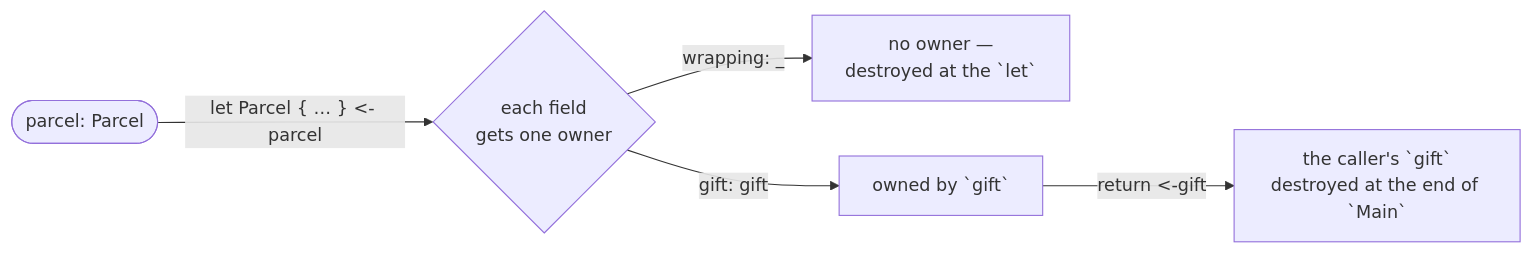
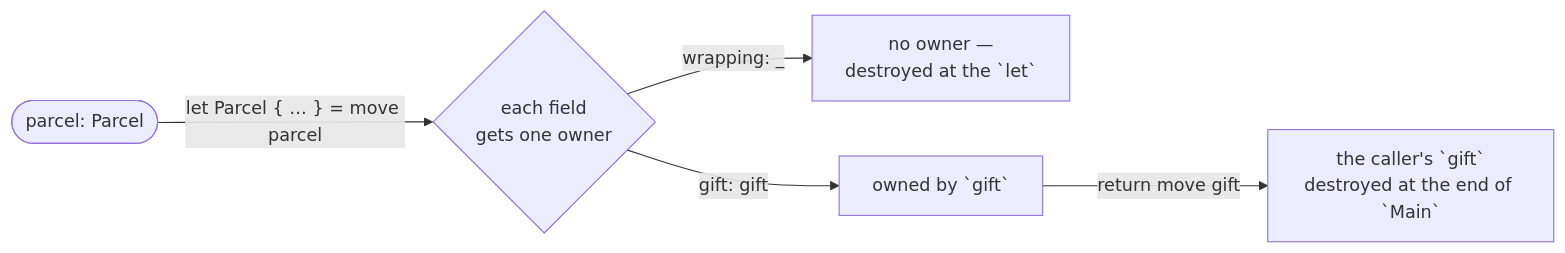
The diagram in content/docs/1.learn/11.ownership/07.partial-move.md (rux-lang/Web), drawn with Mermaid before and after one commit. The commit also changed other lines of this file and 736 other files, not shown here.

````diff
--- a/content/docs/1.learn/11.ownership/07.partial-move.md
+++ b/content/docs/1.learn/11.ownership/07.partial-move.md
@@ -86,7 +84,7 @@
 ```mermaid
 flowchart LR
-    p(["`parcel: Parcel`"]) -- "`let Parcel { … } <- parcel`" --> pat{"each field<br/>gets one owner"}
+    p(["`parcel: Parcel`"]) -- "`let Parcel { … } = move parcel`" --> pat{"each field<br/>gets one owner"}
     pat -- "`wrapping: _`" --> w["no owner —<br/>destroyed at the `let`"]
     pat -- "`gift: gift`" --> g["owned by `gift`"]
-    g -- "`return <-gift`" --> c["the caller's `gift`<br/>destroyed at the end of `Main`"]
+    g -- "`return move gift`" --> c["the caller's `gift`<br/>destroyed at the end of `Main`"]
 ```
````
